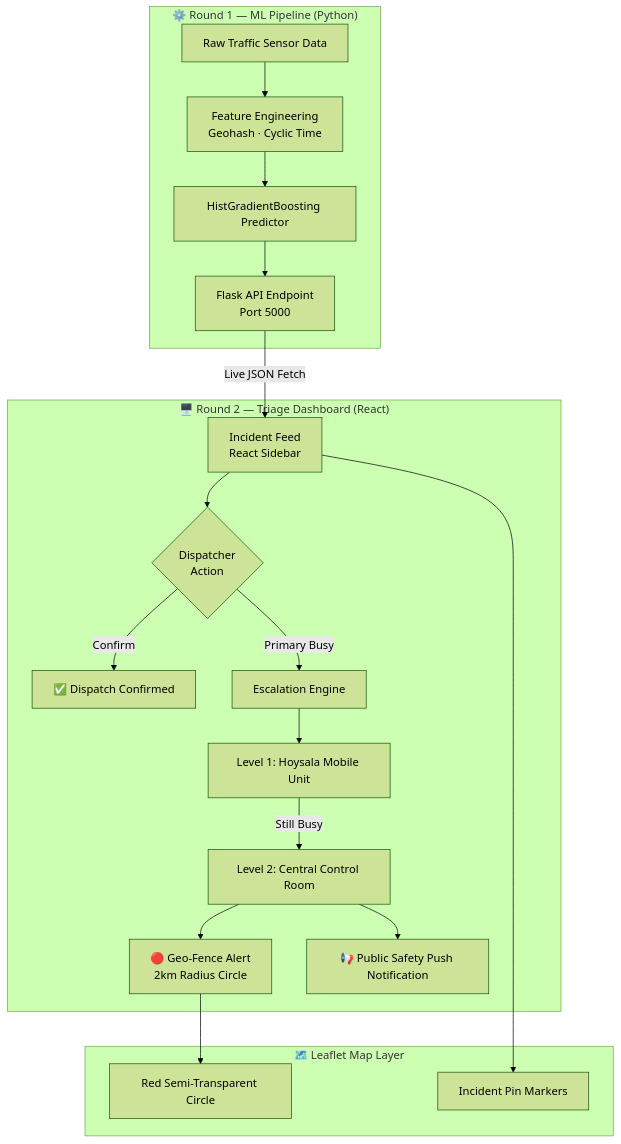
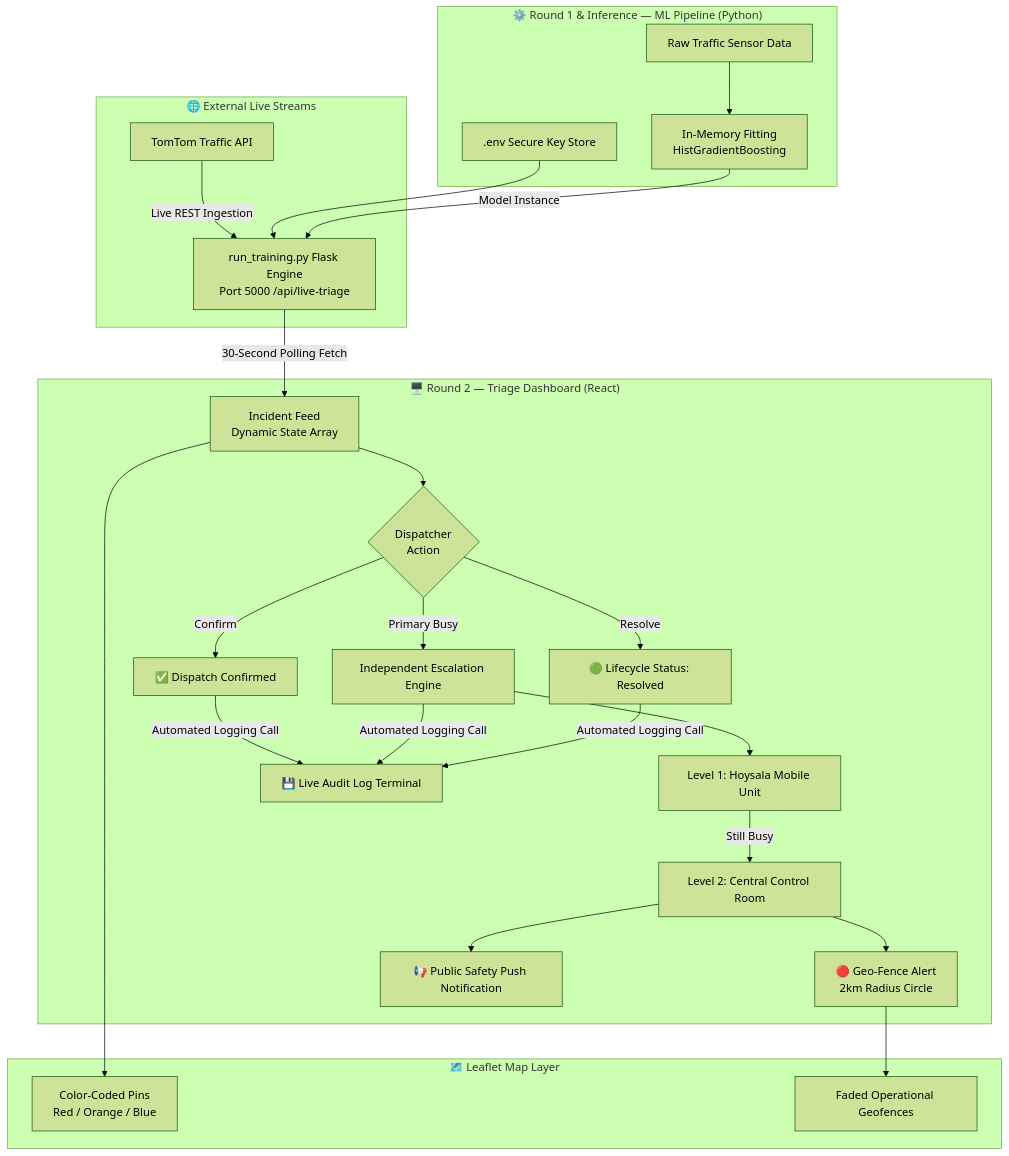
One commit to Ankita562/traffic-triage-dashboard changed the first of 5 diagrams in README.md. Above: the diagram before and after it, drawn with Mermaid (forest theme). The commit also changed other lines of this file, not shown here.

First line of the commit message:
Revise README with updated architecture and features

````diff
--- a/README.md
+++ b/README.md
@@ -14,24 +14,30 @@
 ```mermaid
 graph TB
-    subgraph Round1 ["⚙️ Round 1 — ML Pipeline (Python)"]
-        A[Raw Traffic Sensor Data] --> B[Feature Engineering<br/>Geohash · Cyclic Time]
-        B --> C[HistGradientBoosting Predictor]
-        C --> D[Flask API Endpoint<br/>Port 5000]
+    subgraph External ["🌐 External Live Streams"]
+        T1[TomTom Traffic API] -->|Live REST Ingestion| D
+    end
+
+    subgraph Round1 ["⚙️ Round 1 & Inference — ML Pipeline (Python)"]
+        A[Raw Traffic Sensor Data] --> B[In-Memory Fitting<br/>HistGradientBoosting]
+        C[.env Secure Key Store] --> D
+        B -->|Model Instance| D[run_training.py Flask Engine<br/>Port 5000 /api/live-triage]
     end
 
     subgraph Round2 ["🖥️ Round 2 — Triage Dashboard (React)"]
-        D -->|Live JSON Fetch| E[Incident Feed<br/>React Sidebar]
+        D -->|30-Second Polling Fetch| E[Incident Feed<br/>Dynamic State Array]
         E --> F{Dispatcher<br/>Action}
         F -->|Confirm| G[✅ Dispatch Confirmed]
-        F -->|Primary Busy| H[Escalation Engine]
+        F -->|Primary Busy| H[Independent Escalation Engine]
+        F -->|Resolve| O[🟢 Lifecycle Status: Resolved]
         H --> I[Level 1: Hoysala Mobile Unit]
         I -->|Still Busy| J[Level 2: Central Control Room]
         J --> K[🔴 Geo-Fence Alert<br/>2km Radius Circle]
         J --> L[📢 Public Safety Push Notification]
+        G & H & O -->|Automated Logging Call| P[💾 Live Audit Log Terminal]
     end
 
     subgraph Map ["🗺️ Leaflet Map Layer"]
-        E --> M[Incident Pin Markers]
-        K --> N[Red Semi-Transparent Circle]
+        E --> M[Color-Coded Pins<br/>Red / Orange / Blue]
+        K --> N[Faded Operational Geofences]
     end
 ```
````
